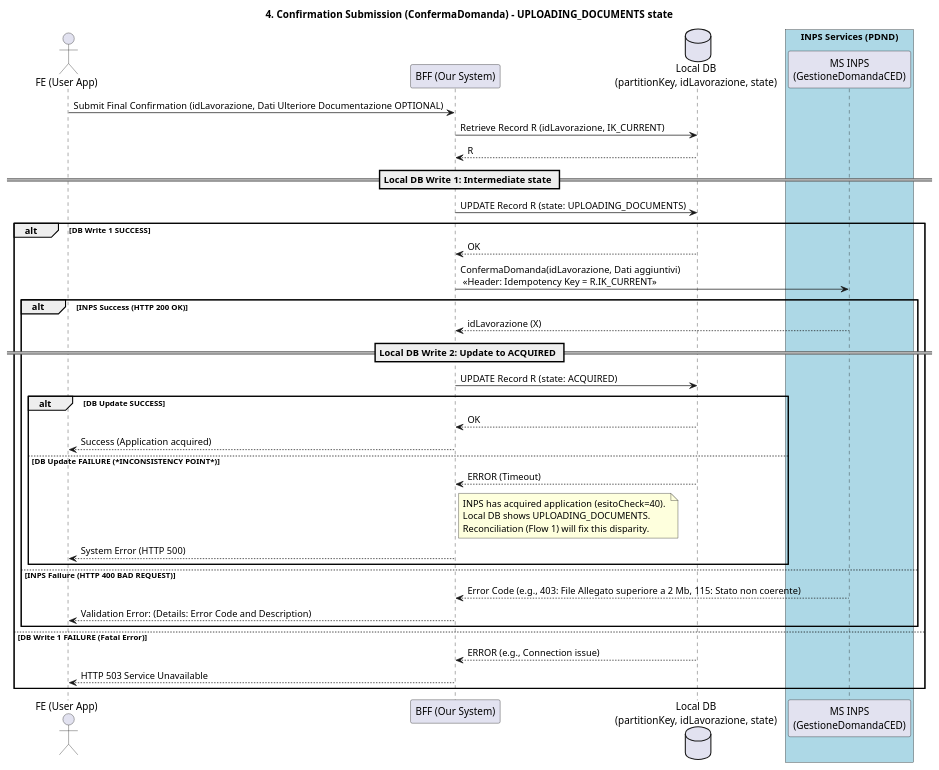
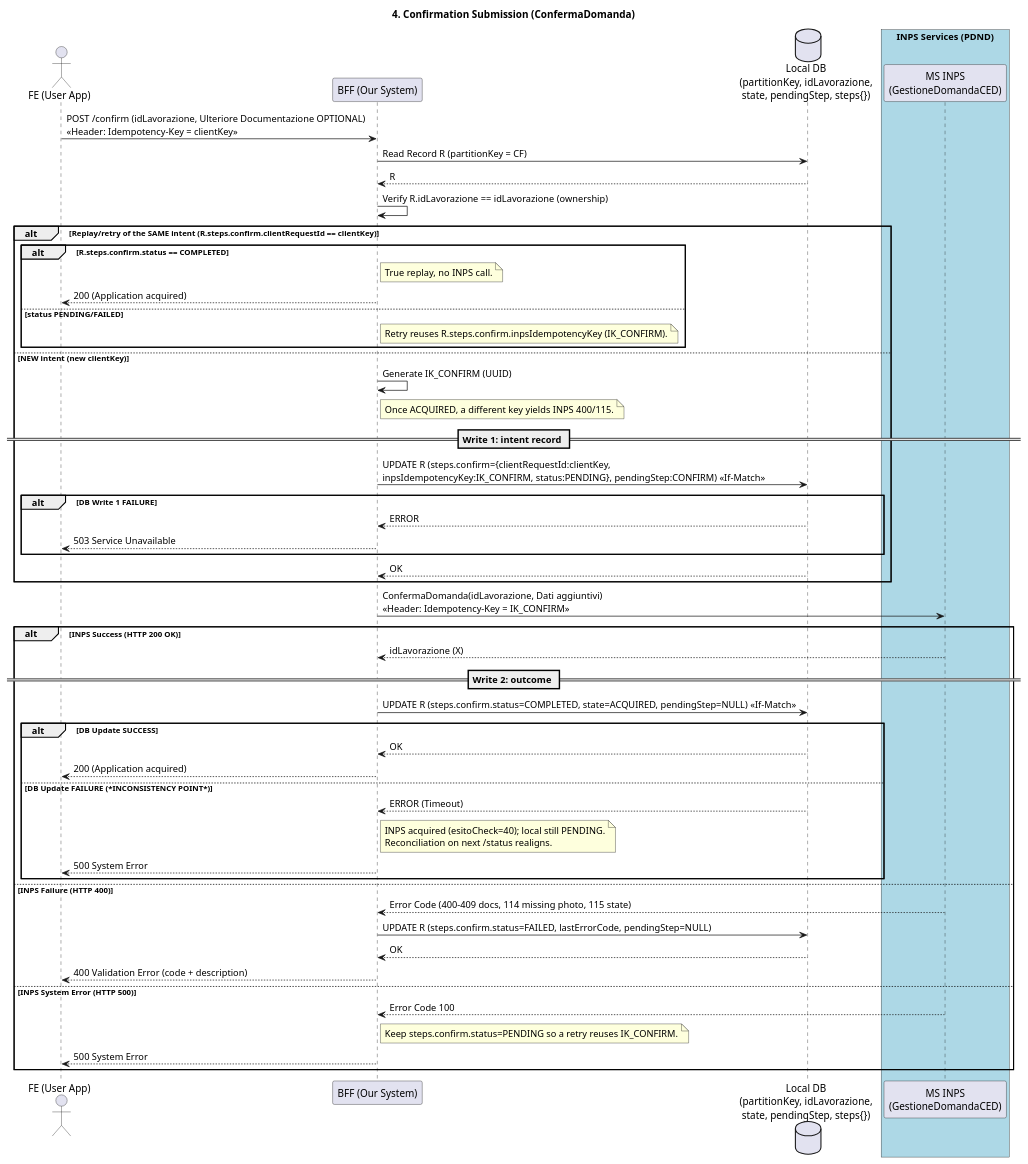
One commit to pagopa/io-growth changed the diagram in docs/ced-card-request/sequence/upload_docs_and_confirm_sequence.puml. Above: the diagram before and after it, drawn with PlantUML. The commit also changed 69 other files, not shown here.

```diff
--- a/docs/ced-card-request/sequence/upload_docs_and_confirm_sequence.puml
+++ b/docs/ced-card-request/sequence/upload_docs_and_confirm_sequence.puml
@@ -1,50 +1,67 @@
 @startuml Upload Documentation and Confirm Sequence Diagram
 
 actor "FE (User App)" as FE
 participant "BFF (Our System)" as BFF
-database "Local DB\n(partitionKey, idLavorazione, state)" as DB
+database "Local DB\n(partitionKey, idLavorazione,\nstate, pendingStep, steps{})" as DB
 box "INPS Services (PDND)" #LightBlue
   participant "MS INPS\n(GestioneDomandaCED)" as INPS
 end box
 
-title 4. Confirmation Submission (ConfermaDomanda) - UPLOADING_DOCUMENTS state
+title 4. Confirmation Submission (ConfermaDomanda)
 
-FE -> BFF: Submit Final Confirmation (idLavorazione, Dati Ulteriore Documentazione OPTIONAL)
+FE -> BFF: POST /confirm (idLavorazione, Ulteriore Documentazione OPTIONAL)\n<<Header: Idempotency-Key = clientKey>>
 
-BFF -> DB: Retrieve Record R (idLavorazione, IK_CURRENT)
+BFF -> DB: Read Record R (partitionKey = CF)
 DB --> BFF: R
+BFF -> BFF: Verify R.idLavorazione == idLavorazione (ownership)
 
-== Local DB Write 1: Intermediate state ==
-BFF -> DB: UPDATE Record R (state: UPLOADING_DOCUMENTS)
-
-alt DB Write 1 SUCCESS
-    DB --> BFF: OK
-
-    BFF -> INPS: ConfermaDomanda(idLavorazione, Dati aggiuntivi) \n <<Header: Idempotency Key = R.IK_CURRENT>>
-
-    alt INPS Success (HTTP 200 OK)
-        INPS --> BFF: idLavorazione (X)
-
-        == Local DB Write 2: Update to ACQUIRED ==
-        BFF -> DB: UPDATE Record R (state: ACQUIRED)
-
-        alt DB Update SUCCESS
-            DB --> BFF: OK
-            BFF --> FE: Success (Application acquired)
-
-        else DB Update FAILURE (***INCONSISTENCY POINT***)
-            DB --> BFF: ERROR (Timeout)
-            note right of BFF: INPS has acquired application (esitoCheck=40). \nLocal DB shows UPLOADING_DOCUMENTS. \nReconciliation (Flow 1) will fix this disparity.
-            BFF --> FE: System Error (HTTP 500)
-        end
-
-    else INPS Failure (HTTP 400 BAD REQUEST)
-        INPS --> BFF: Error Code (e.g., 403: File Allegato superiore a 2 Mb, 115: Stato non coerente)
-        BFF --> FE: Validation Error: (Details: Error Code and Description)
+alt Replay/retry of the SAME intent (R.steps.confirm.clientRequestId == clientKey)
+    alt R.steps.confirm.status == COMPLETED
+        note right of BFF: True replay, no INPS call.
+        BFF --> FE: 200 (Application acquired)
+    else status PENDING/FAILED
+        note right of BFF: Retry reuses R.steps.confirm.inpsIdempotencyKey (IK_CONFIRM).
     end
 
-else DB Write 1 FAILURE (Fatal Error)
-    DB --> BFF: ERROR (e.g., Connection issue)
-    BFF --> FE: HTTP 503 Service Unavailable
+else NEW intent (new clientKey)
+    BFF -> BFF: Generate IK_CONFIRM (UUID)
+    note right of BFF: Once ACQUIRED, a different key yields INPS 400/115.
+
+    == Write 1: intent record ==
+    BFF -> DB: UPDATE R (steps.confirm={clientRequestId:clientKey,\ninpsIdempotencyKey:IK_CONFIRM, status:PENDING}, pendingStep:CONFIRM) <<If-Match>>
+    alt DB Write 1 FAILURE
+        DB --> BFF: ERROR
+        BFF --> FE: 503 Service Unavailable
+    end
+    DB --> BFF: OK
+end
+
+BFF -> INPS: ConfermaDomanda(idLavorazione, Dati aggiuntivi)\n<<Header: Idempotency-Key = IK_CONFIRM>>
+
+alt INPS Success (HTTP 200 OK)
+    INPS --> BFF: idLavorazione (X)
+
+    == Write 2: outcome ==
+    BFF -> DB: UPDATE R (steps.confirm.status=COMPLETED, state=ACQUIRED, pendingStep=NULL) <<If-Match>>
+
+    alt DB Update SUCCESS
+        DB --> BFF: OK
+        BFF --> FE: 200 (Application acquired)
+    else DB Update FAILURE (***INCONSISTENCY POINT***)
+        DB --> BFF: ERROR (Timeout)
+        note right of BFF: INPS acquired (esitoCheck=40); local still PENDING.\nReconciliation on next /status realigns.
+        BFF --> FE: 500 System Error
+    end
+
+else INPS Failure (HTTP 400)
+    INPS --> BFF: Error Code (400-409 docs, 114 missing photo, 115 state)
+    BFF -> DB: UPDATE R (steps.confirm.status=FAILED, lastErrorCode, pendingStep=NULL)
+    DB --> BFF: OK
+    BFF --> FE: 400 Validation Error (code + description)
+
+else INPS System Error (HTTP 500)
+    INPS --> BFF: Error Code 100
+    note right of BFF: Keep steps.confirm.status=PENDING so a retry reuses IK_CONFIRM.
+    BFF --> FE: 500 System Error
 end
 @enduml
```
